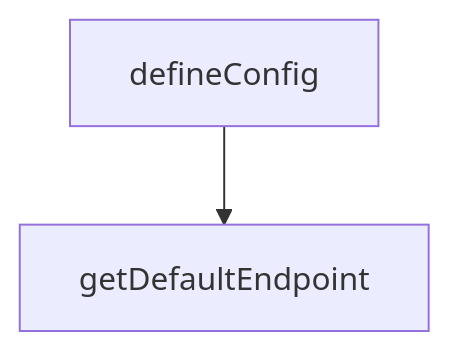
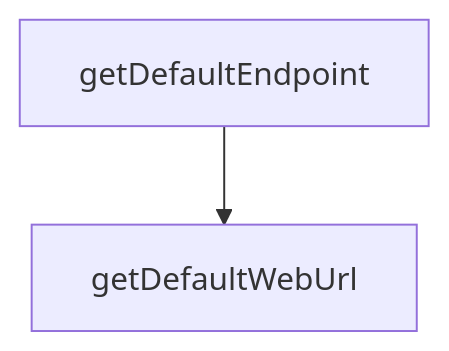
The diagram in tutorials/refly-tutorial/07-troubleshooting-safety-and-cost-controls.md (johnxie/awesome-code-docs), drawn with Mermaid before and after one commit. The commit also changed other lines of this file and 1232 other files, not shown here.

````diff
--- a/tutorials/refly-tutorial/07-troubleshooting-safety-and-cost-controls.md
+++ b/tutorials/refly-tutorial/07-troubleshooting-safety-and-cost-controls.md
@@ -140,6 +138,6 @@
 ```mermaid
 flowchart TD
-    A[defineConfig]
-    B[getDefaultEndpoint]
+    A[getDefaultEndpoint]
+    B[getDefaultWebUrl]
     A --> B
 ```
````
